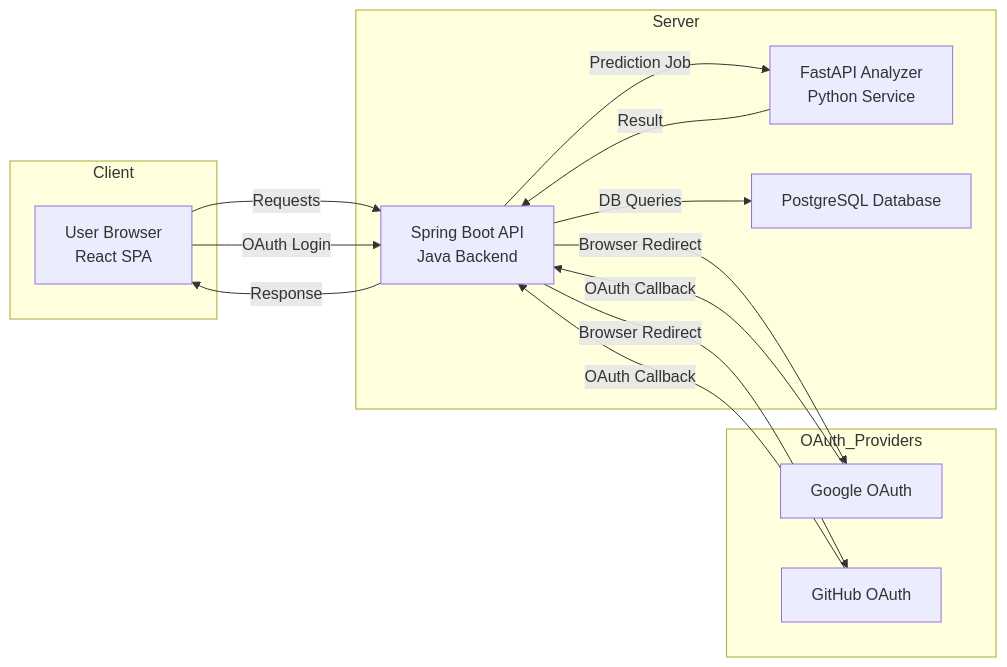
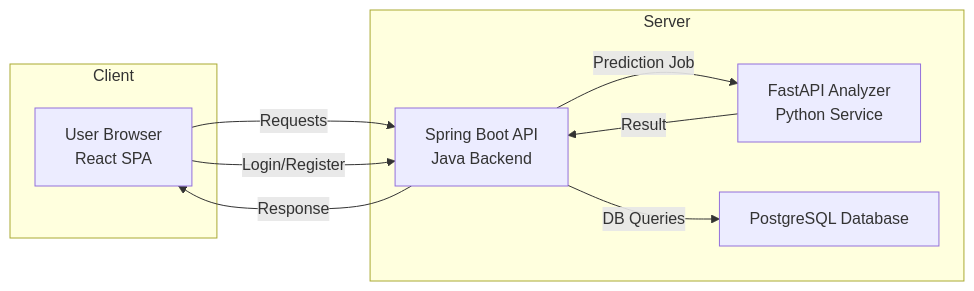
Before and after one commit to UlloaSP/mlsuite: the diagram in README.md, drawn with Mermaid. The commit also changed other lines of this file and 110 other files, not shown here.

````diff
--- a/README.md
+++ b/README.md
@@ -123,26 +116,17 @@
 ```mermaid
 flowchart LR
     subgraph Client
       UI[User Browser<br/> React SPA]
     end
     subgraph Server
       API[Spring Boot API<br/> Java Backend ]
       ML[FastAPI Analyzer<br/> Python Service ]
       DB[PostgreSQL Database]
     end
-    subgraph OAuth_Providers
-      Google[Google OAuth] 
-      GitHub[GitHub OAuth]
-    end
-
     UI --Requests--> API
-    UI --OAuth Login--> API
-    API --Browser Redirect--> Google
-    API --Browser Redirect--> GitHub
-    Google --OAuth Callback--> API
-    GitHub --OAuth Callback--> API
+    UI --Login/Register--> API
     API --DB Queries--> DB
     API --Prediction Job--> ML
     ML --Result--> API
     API --Response--> UI
 ```
````
